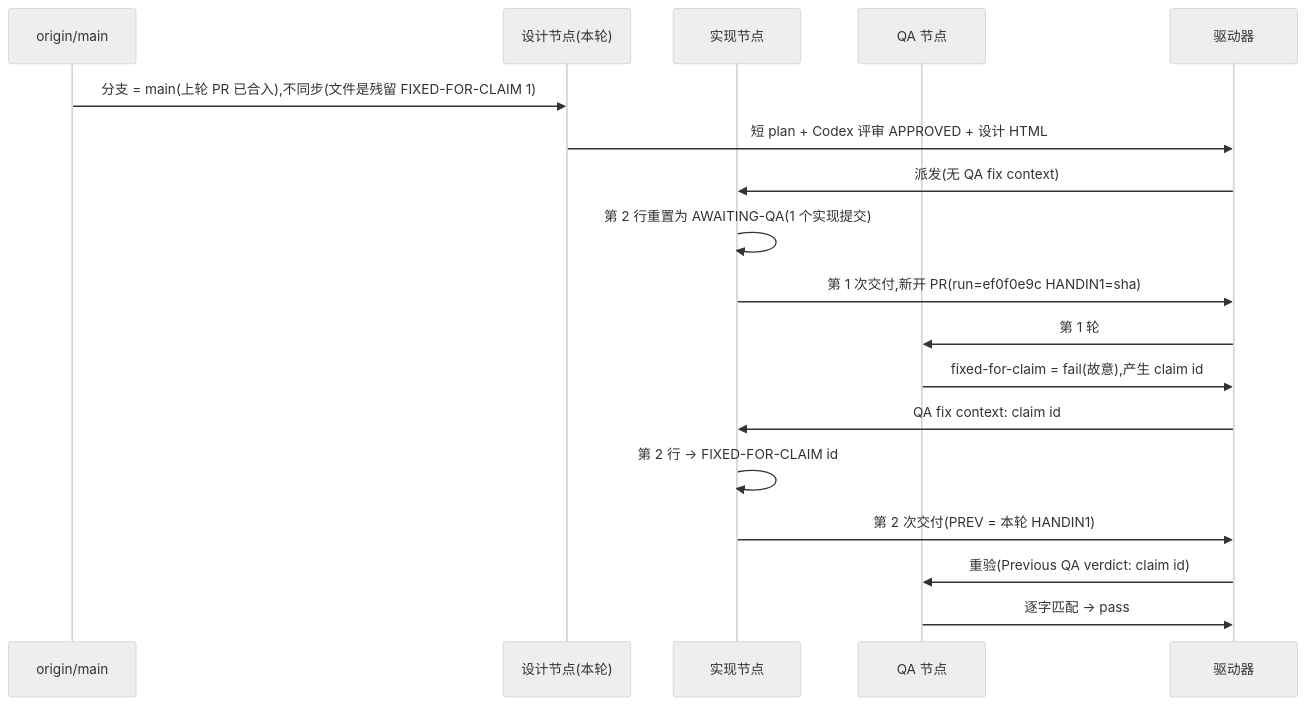
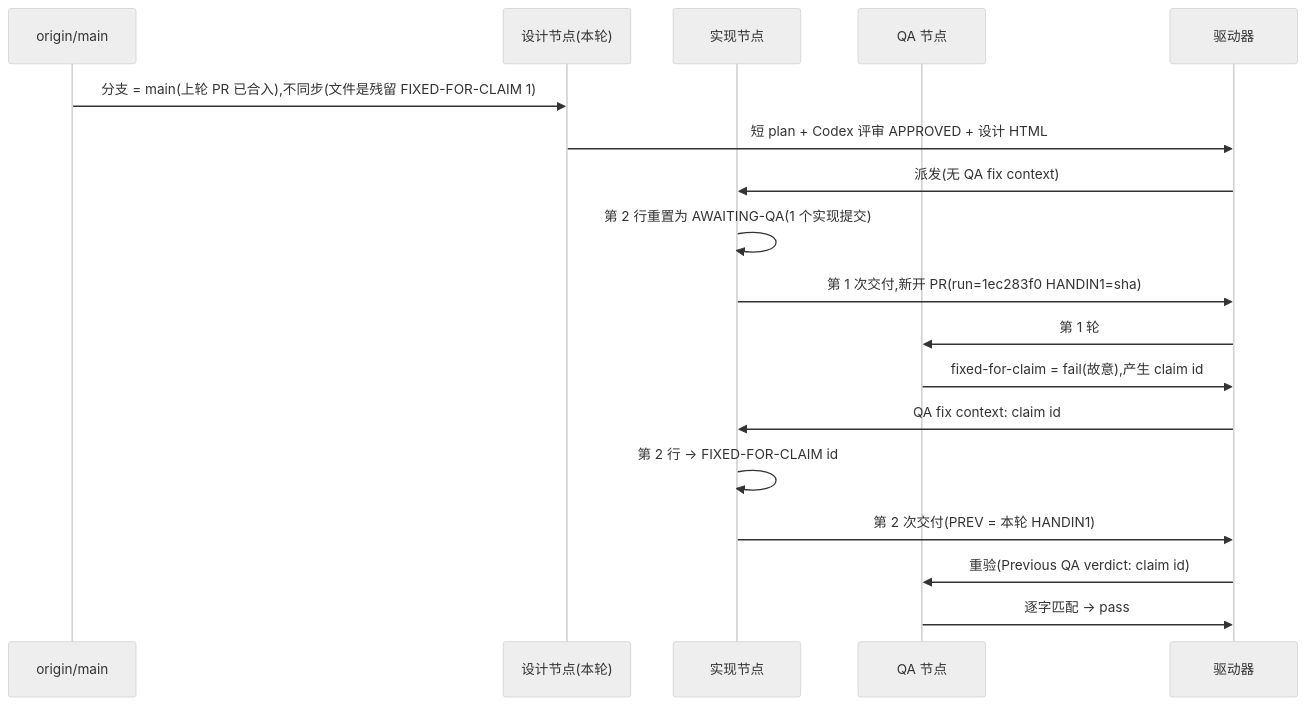
Before and after one commit to xrliAnnie/flywheel-qa-sandbox: the diagram in engineering/doc/FLY-3150-real-runner-drill/d1-core-flow.mmd, drawn with Mermaid (neutral theme). The commit also changed 5 other files, not shown here.

```diff
--- a/engineering/doc/FLY-3150-real-runner-drill/d1-core-flow.mmd
+++ b/engineering/doc/FLY-3150-real-runner-drill/d1-core-flow.mmd
@@ -1,18 +1,18 @@
 sequenceDiagram
     participant M as origin/main
     participant S as 设计节点(本轮)
     participant I as 实现节点
     participant Q as QA 节点
     participant D as 驱动器
     M->>S: 分支 = main(上轮 PR 已合入),不同步(文件是残留 FIXED-FOR-CLAIM 1)
     S->>D: 短 plan + Codex 评审 APPROVED + 设计 HTML
     D->>I: 派发(无 QA fix context)
     I->>I: 第 2 行重置为 AWAITING-QA(1 个实现提交)
-    I->>D: 第 1 次交付,新开 PR(run=ef0f0e9c HANDIN1=sha)
+    I->>D: 第 1 次交付,新开 PR(run=1ec283f0 HANDIN1=sha)
     D->>Q: 第 1 轮
     Q->>D: fixed-for-claim = fail(故意),产生 claim id
     D->>I: QA fix context: claim id
     I->>I: 第 2 行 → FIXED-FOR-CLAIM id
     I->>D: 第 2 次交付(PREV = 本轮 HANDIN1)
     D->>Q: 重验(Previous QA verdict: claim id)
     Q->>D: 逐字匹配 → pass
```
